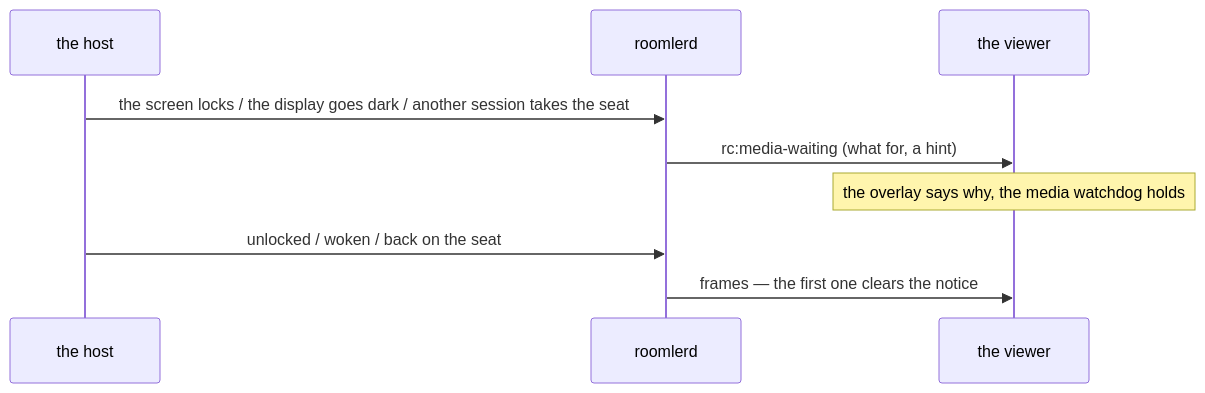
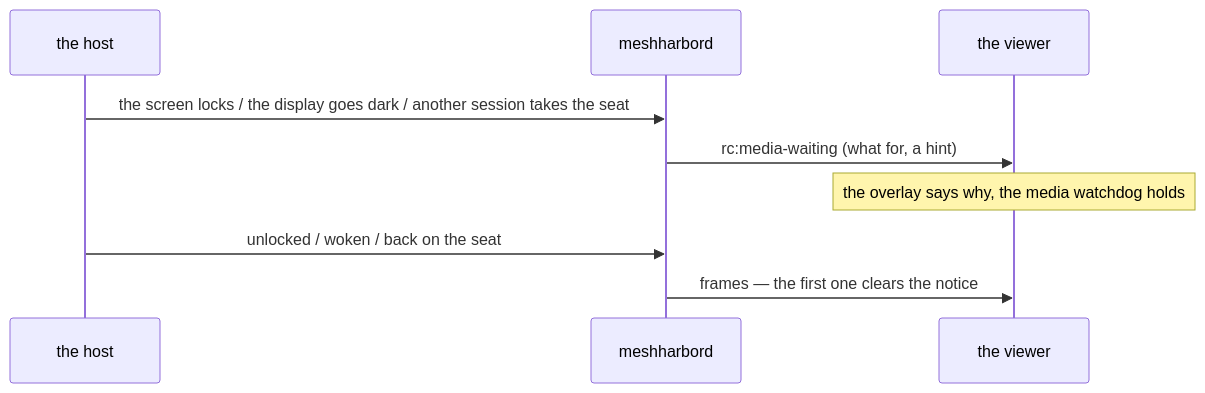
The second of 2 diagrams in docs/wayland.md (jk-zhang-meta/MeshHarbor), drawn with Mermaid before and after one commit. The commit also changed other lines of this file and 682 other files, not shown here.

````diff
--- a/docs/wayland.md
+++ b/docs/wayland.md
@@ -101,11 +101,11 @@
 ```mermaid
 sequenceDiagram
     participant H as the host
-    participant D as roomlerd
+    participant D as meshharbord
     participant V as the viewer
     H->>D: the screen locks / the display goes dark / another session takes the seat
     D->>V: rc:media-waiting (what for, a hint)
     Note over V: the overlay says why, the media watchdog holds
     H->>D: unlocked / woken / back on the seat
     D->>V: frames — the first one clears the notice
 ```
````
